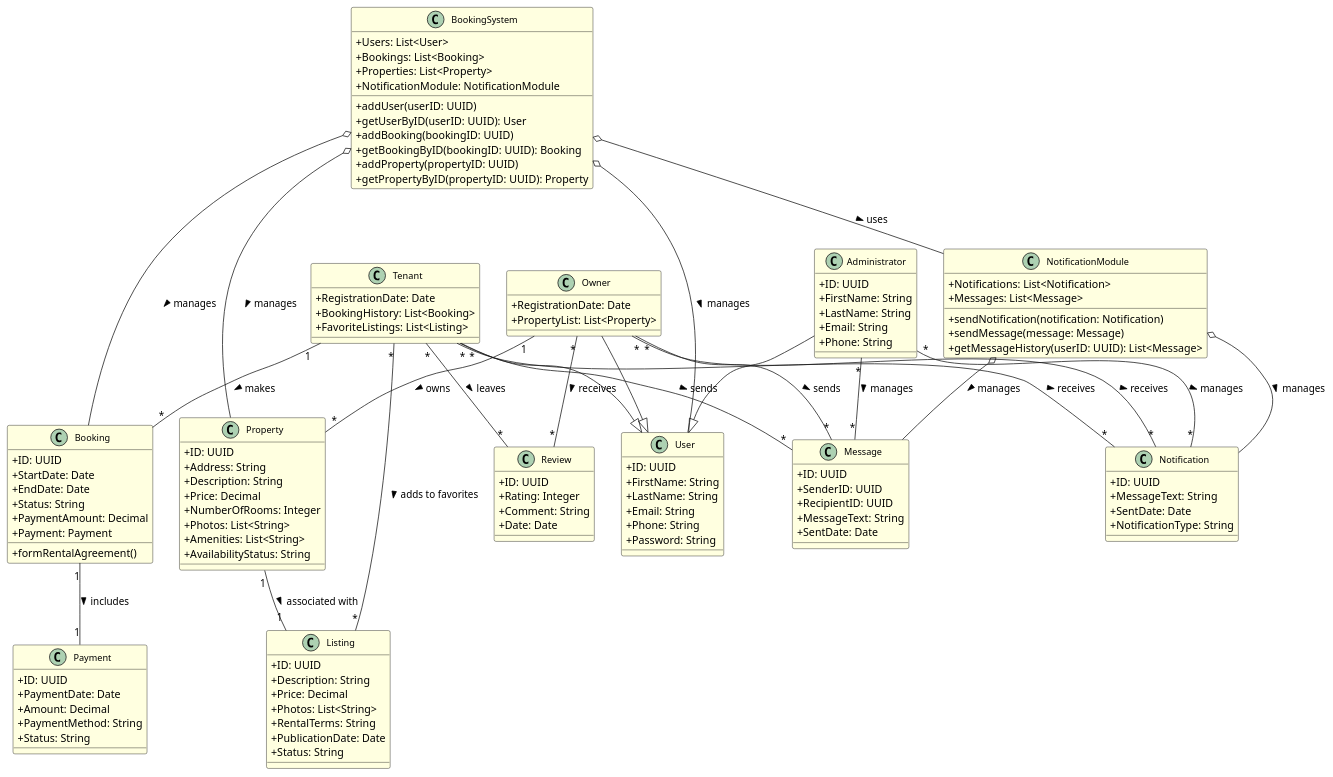
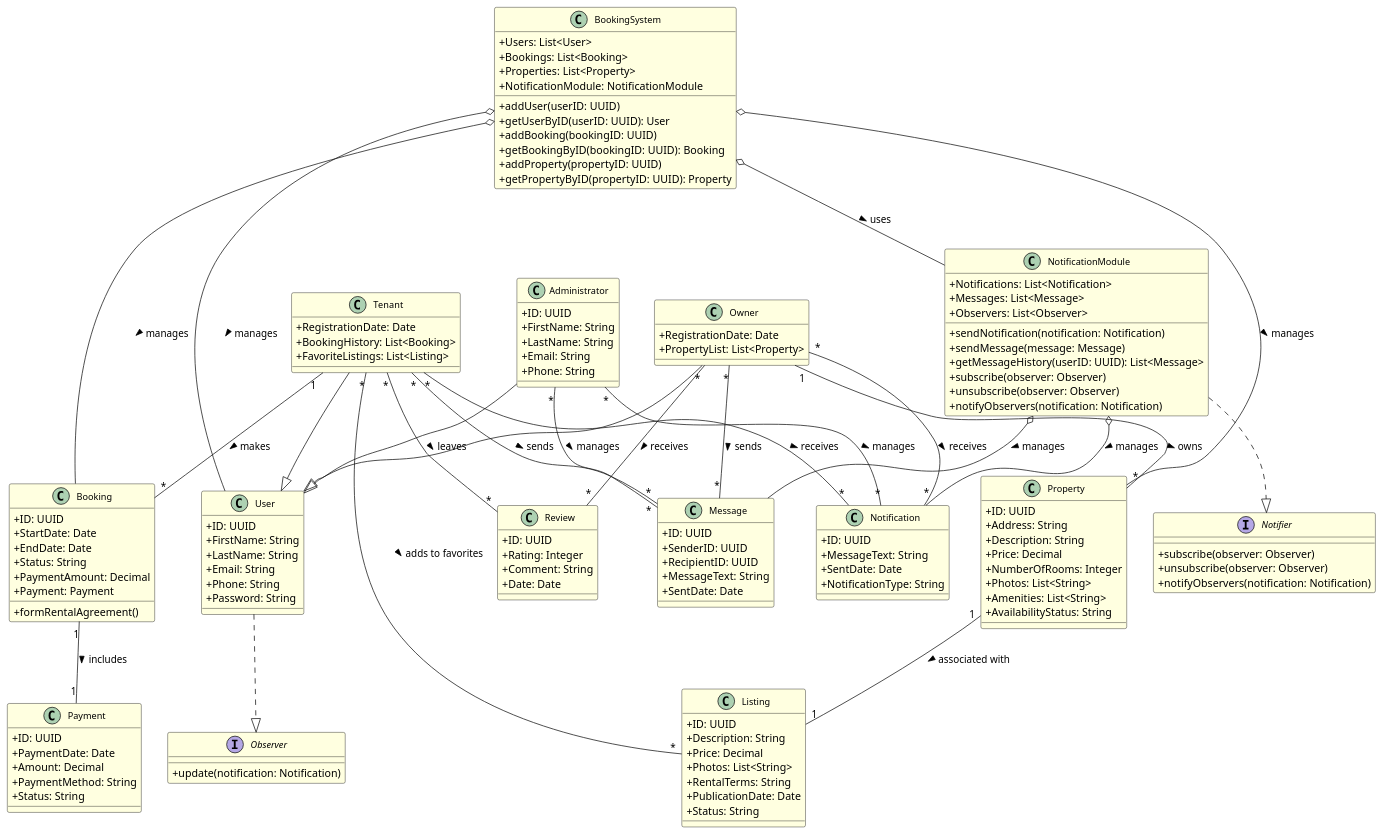
The diagram in Domain_model.md (penamarth/bsbo-01-22_team4_var8), drawn with PlantUML before and after one commit.

Commit message:
Updated domain model

```diff
--- a/Domain_model.md
+++ b/Domain_model.md
@@ -7,6 +7,16 @@
 skinparam classBorderColor Black
 skinparam packageBackgroundColor LightBlue
 skinparam packageBorderColor Black
+
+interface Observer {
+  +update(notification: Notification)
+}
+
+interface Notifier {
+  +subscribe(observer: Observer)
+  +unsubscribe(observer: Observer)
+  +notifyObservers(notification: Notification)
+}
 
 class "BookingSystem" {
   +Users: List<User>
@@ -24,9 +34,13 @@
 class "NotificationModule" {
   +Notifications: List<Notification>
   +Messages: List<Message>
+  +Observers: List<Observer>
   +sendNotification(notification: Notification)
   +sendMessage(message: Message)
   +getMessageHistory(userID: UUID): List<Message>
+  +subscribe(observer: Observer)
+  +unsubscribe(observer: Observer)
+  +notifyObservers(notification: Notification)
 }
 
 class "User" {
@@ -125,7 +139,9 @@
 
 "NotificationModule" o-- "Notification" : manages >
 "NotificationModule" o-- "Message" : manages >
+"NotificationModule" ..|> "Notifier"
 
+"User" ..|> "Observer"
 "Tenant" --|> "User"
 "Owner" --|> "User"
 "Administrator" --|> "User"
```
